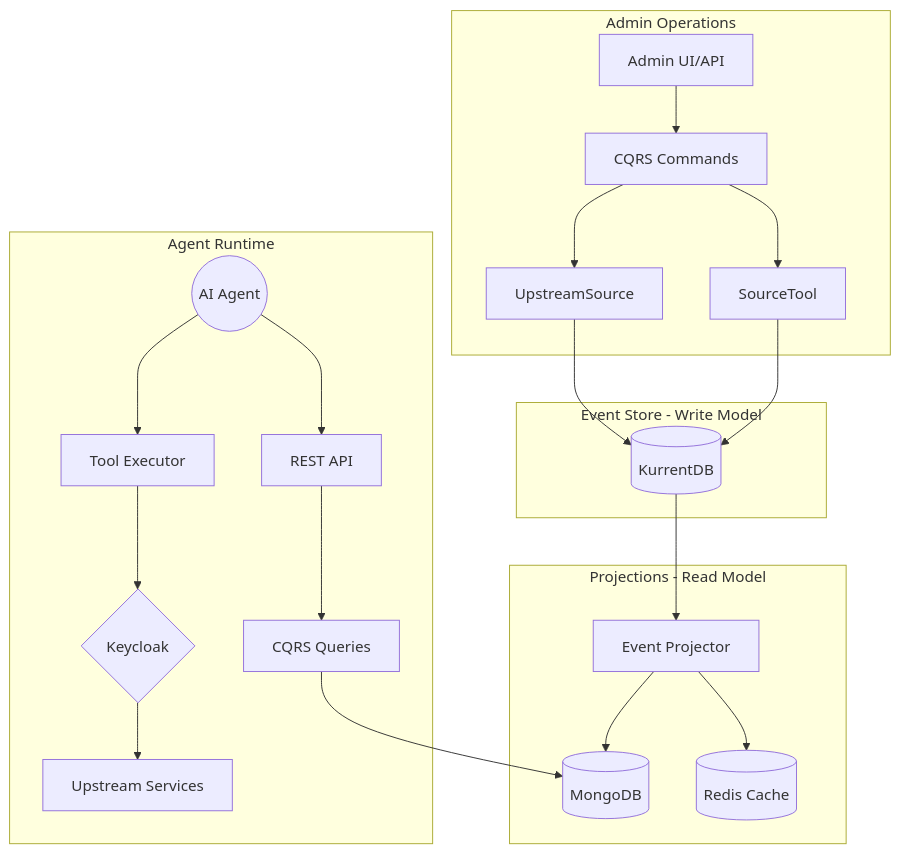
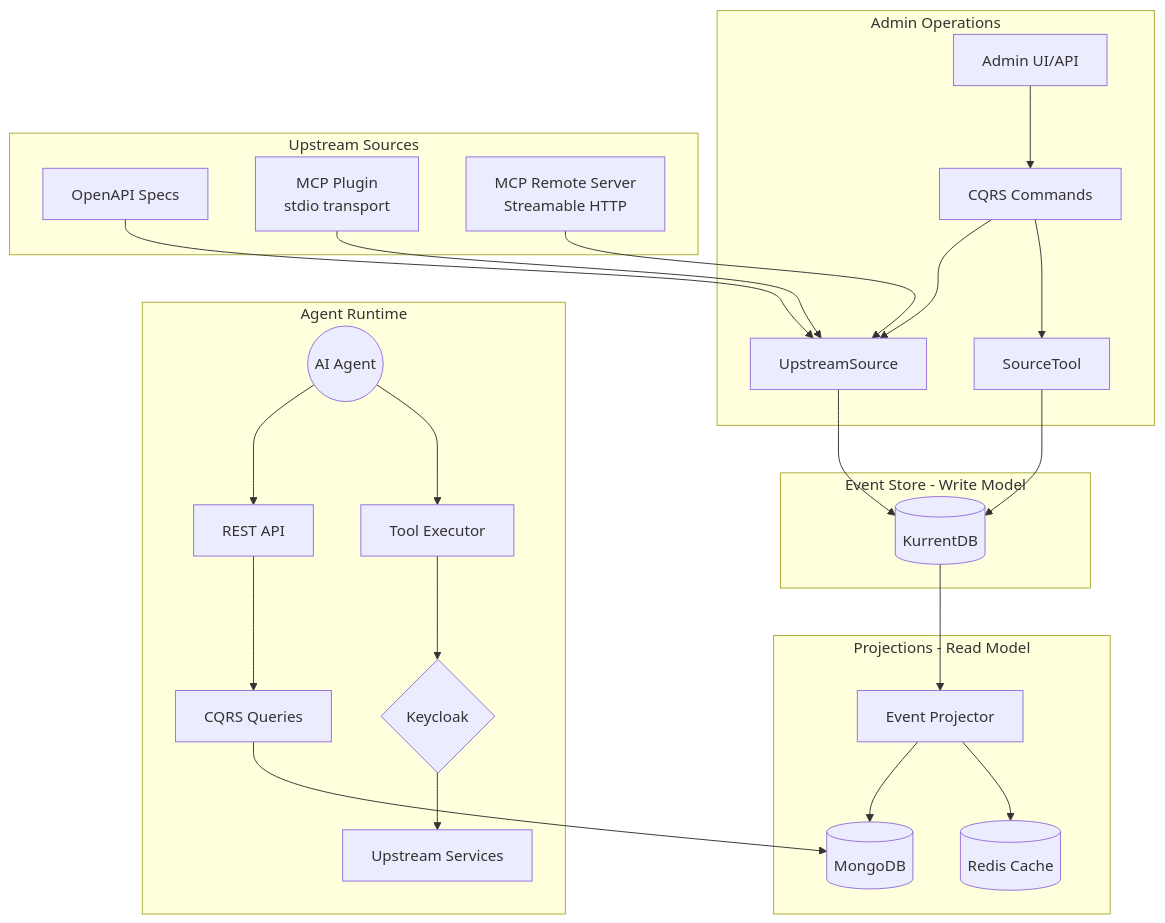
The diagram in docs/index.md (bvandewe/tools-provider), drawn with Mermaid before and after one commit. The commit also changed other lines of this file and 3 other files, not shown here.

````diff
--- a/docs/index.md
+++ b/docs/index.md
@@ -109,28 +112,38 @@
 ```mermaid
 graph TD
     subgraph "Admin Operations"
         Admin[Admin UI/API] --> Commands[CQRS Commands]
         Commands --> Sources[UpstreamSource]
         Commands --> Tools[SourceTool]
+    end
+
+    subgraph "Upstream Sources"
+        OpenAPI[OpenAPI Specs]
+        MCPPlugin[MCP Plugin<br/>stdio transport]
+        MCPRemote[MCP Remote Server<br/>Streamable HTTP]
     end
 
     subgraph "Event Store - Write Model"
         Sources --> KurrentDB[(KurrentDB)]
         Tools --> KurrentDB
     end
 
     subgraph "Projections - Read Model"
         KurrentDB --> Projector[Event Projector]
         Projector --> MongoDB[(MongoDB)]
         Projector --> Redis[(Redis Cache)]
     end
 
     subgraph "Agent Runtime"
         Agent((AI Agent)) --> API[REST API]
         API --> Queries[CQRS Queries]
         Queries --> MongoDB
         Agent --> Executor[Tool Executor]
         Executor --> Keycloak{Keycloak}
         Keycloak --> Upstream[Upstream Services]
     end
+
+    OpenAPI --> Sources
+    MCPPlugin --> Sources
+    MCPRemote --> Sources
 ```
````
